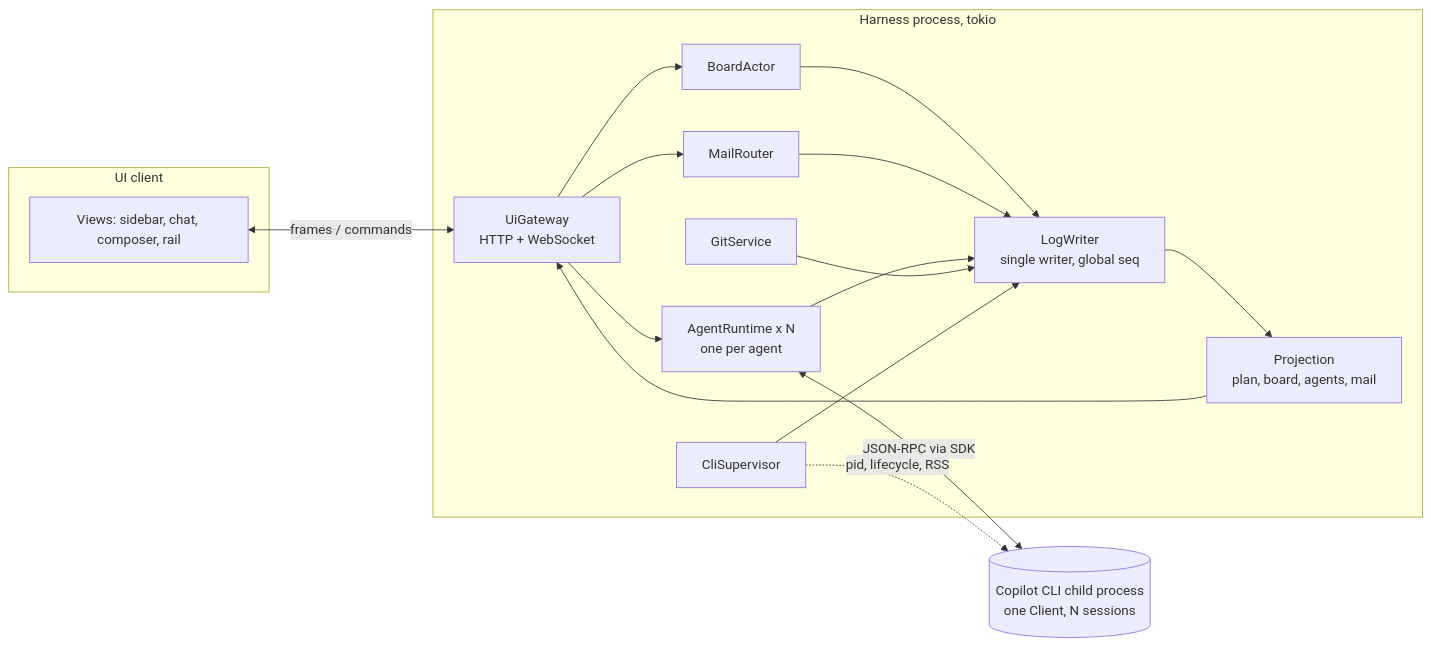
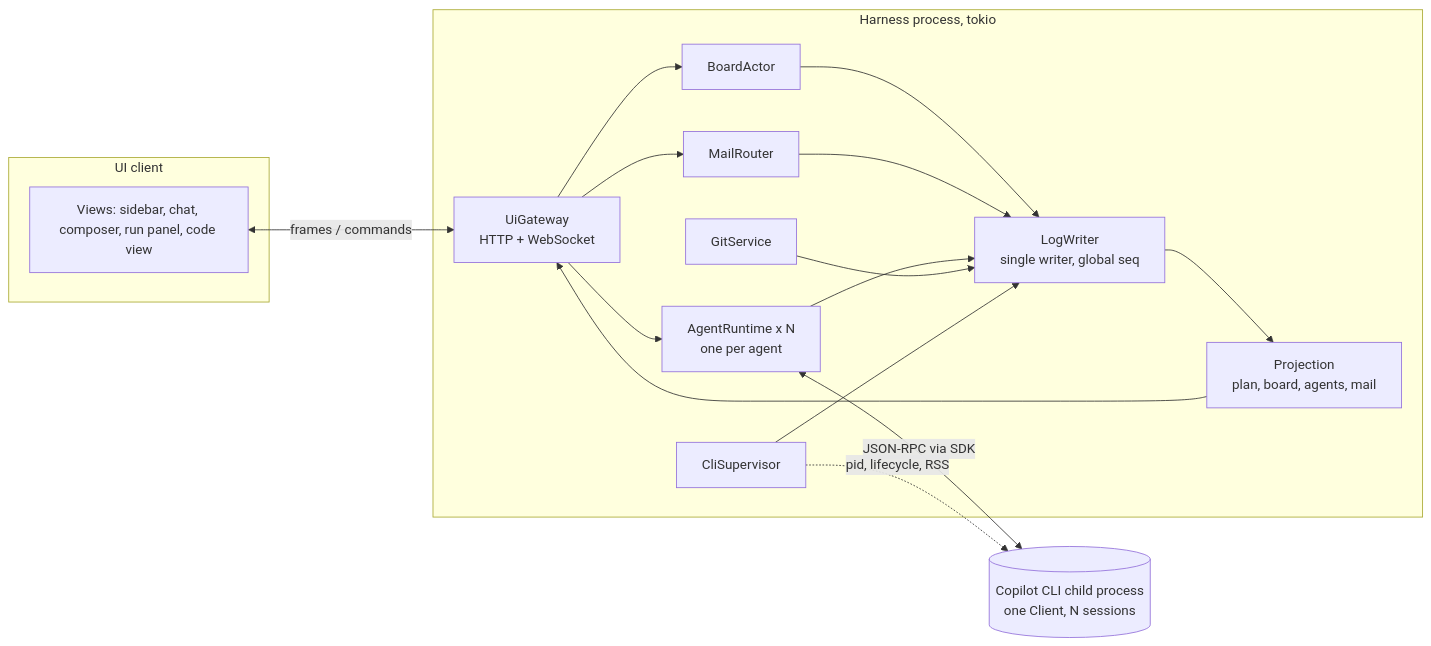
One commit to sayantanroy47/scratchpad changed the diagram in reports/Copilot harness task orchestration.md. Above: the diagram before and after it, drawn with Mermaid. The commit also changed other lines of this file and 2 other files, not shown here.

````diff
--- a/reports/Copilot harness task orchestration.md
+++ b/reports/Copilot harness task orchestration.md
@@ -46,22 +46,22 @@
 ```mermaid
 flowchart LR
   subgraph UI[UI client]
-    V[Views: sidebar, chat, composer, rail]
+    V[Views: sidebar, chat, composer, run panel, code view]
   end
   subgraph H[Harness process, tokio]
     GW[UiGateway<br/>HTTP + WebSocket]
     LW[LogWriter<br/>single writer, global seq]
     PR[Projection<br/>plan, board, agents, mail]
     BA[BoardActor]
     MR[MailRouter]
     AR[AgentRuntime x N<br/>one per agent]
     SUP[CliSupervisor]
     GIT[GitService]
   end
   CLI[(Copilot CLI child process<br/>one Client, N sessions)]
   V <-- frames / commands --> GW
   GW --> BA & MR & AR
   BA & MR & AR & GIT & SUP --> LW --> PR --> GW
   AR <-- JSON-RPC via SDK --> CLI
   SUP -. pid, lifecycle, RSS .-> CLI
 ```
````
